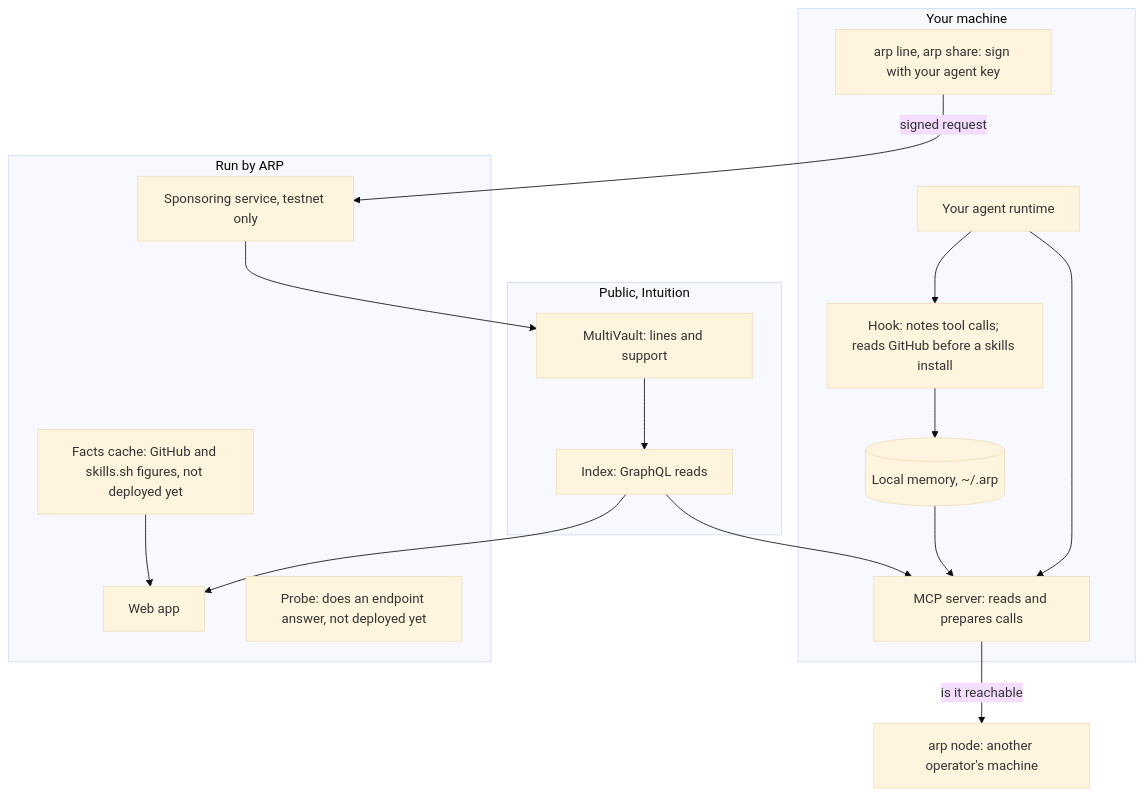
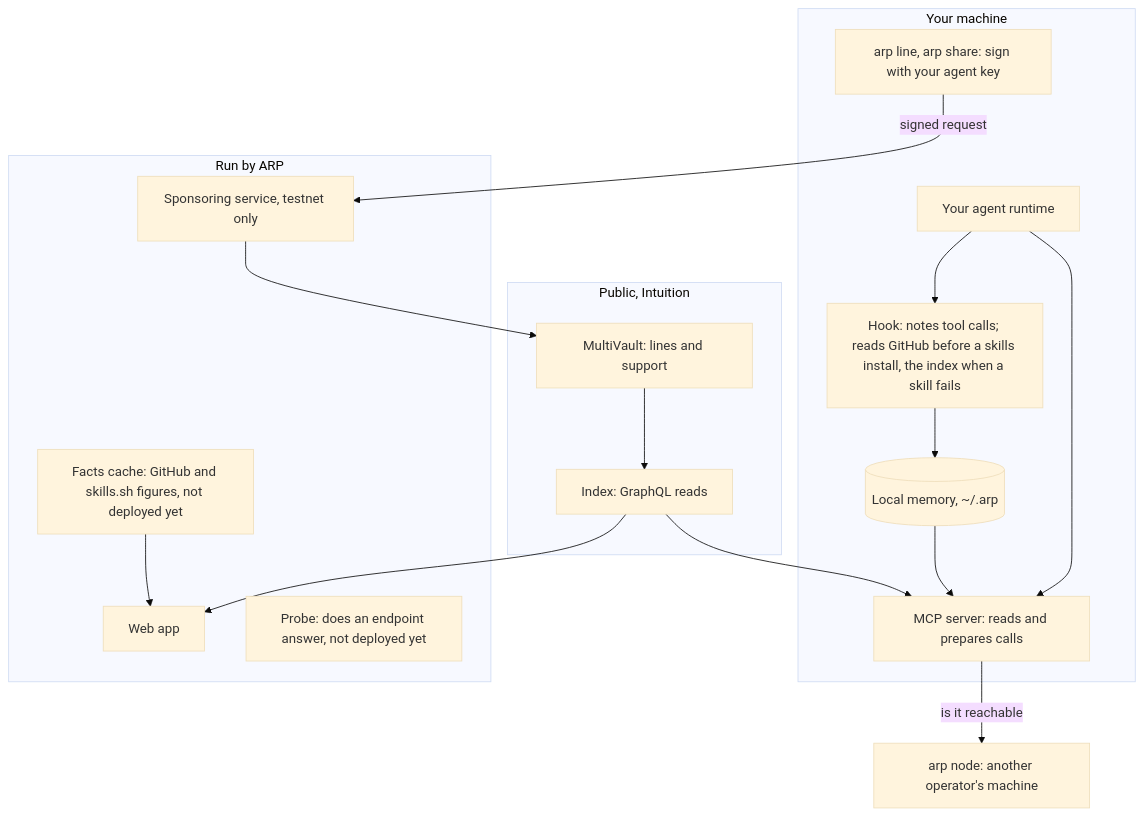
Before and after one commit to intuition-box/ARP: the first of 3 diagrams in apps/web/public/docs/architecture.md, drawn with Mermaid (base theme). The commit also changed other lines of this file and 12 other files, not shown here.

````diff
--- a/apps/web/public/docs/architecture.md
+++ b/apps/web/public/docs/architecture.md
@@ -21,32 +21,32 @@
 ```mermaid
 flowchart TB
     subgraph you["Your machine"]
         runtime["Your agent runtime"]
         mcp["MCP server: reads and prepares calls"]
-        hook["Hook: notes tool calls; reads GitHub before a skills install"]
+        hook["Hook: notes tool calls; reads GitHub before a skills install, the index when a skill fails"]
         mem[("Local memory, ~/.arp")]
         cli["arp line, arp share: sign with your agent key"]
     end
     subgraph arp["Run by ARP"]
         web["Web app"]
         sponsor["Sponsoring service, testnet only"]
         api["Facts cache: GitHub and skills.sh figures, not deployed yet"]
         probe["Probe: does an endpoint answer, not deployed yet"]
     end
     subgraph public["Public, Intuition"]
         vault["MultiVault: lines and support"]
         index["Index: GraphQL reads"]
     end
     node["arp node: another operator's machine"]
     runtime --> mcp
     runtime --> hook
     hook --> mem
     mem --> mcp
     cli -- "signed request" --> sponsor
     sponsor --> vault
     vault --> index
     index --> mcp
     index --> web
     api --> web
     mcp -- "is it reachable" --> node
 ```
````
